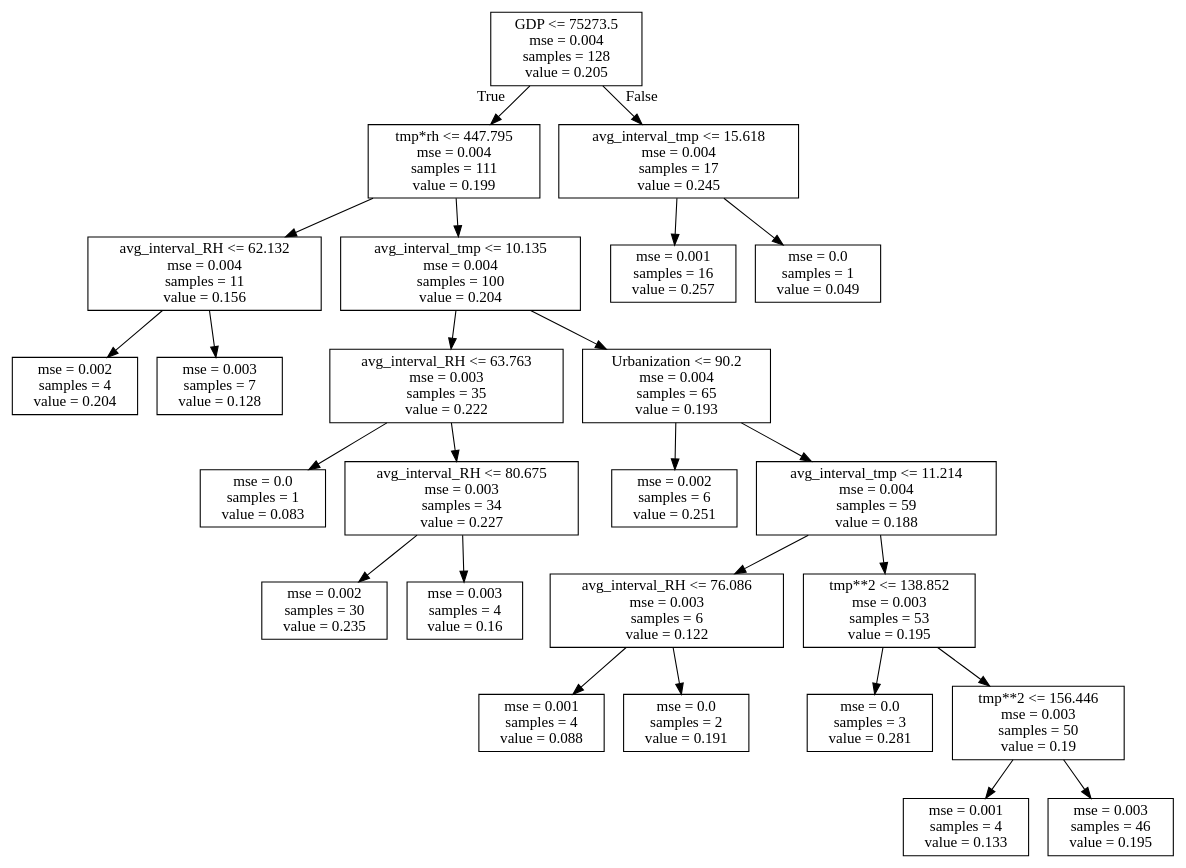
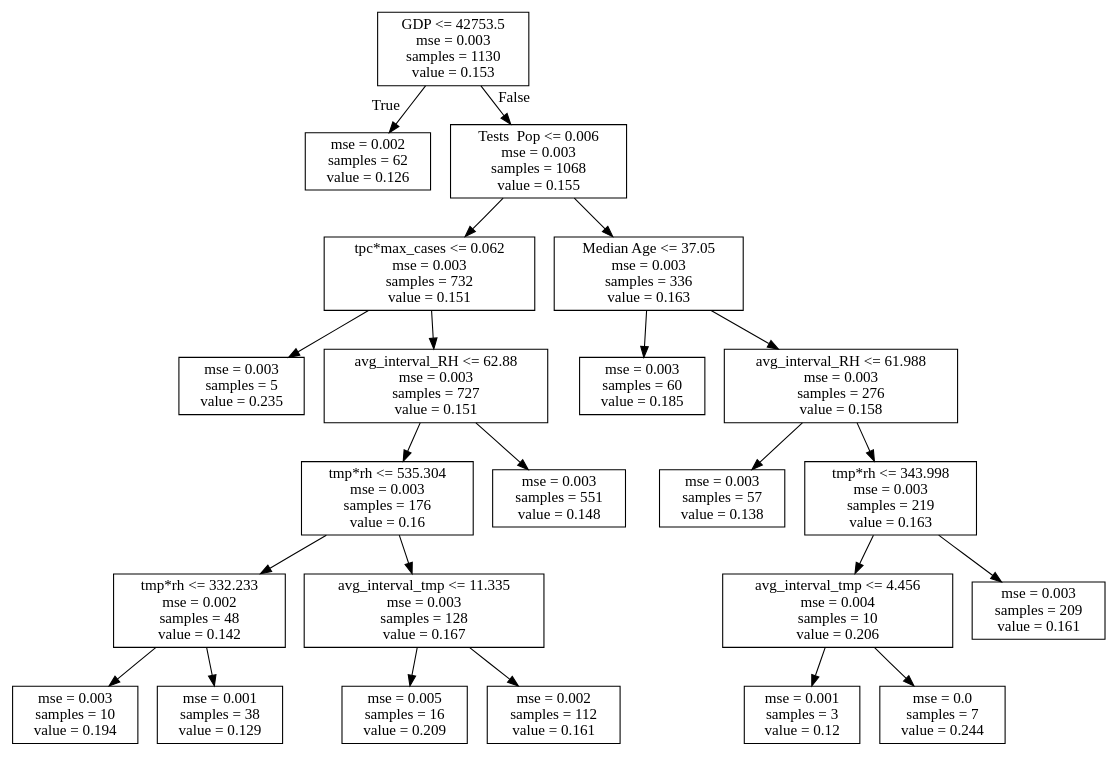
Before and after one commit to hopl1t/covid19: the diagram in products/decision_tree/decision_tree_first_7_run2.dot, drawn with Graphviz. The commit also changed 55 other files, not shown here.

```diff
--- a/products/decision_tree/decision_tree_first_7_run2.dot
+++ b/products/decision_tree/decision_tree_first_7_run2.dot
@@ -1,52 +1,48 @@
 digraph Tree {
 node [shape=box] ;
-0 [label="GDP <= 75273.5\nmse = 0.004\nsamples = 128\nvalue = 0.205"] ;
-1 [label="tmp*rh <= 447.795\nmse = 0.004\nsamples = 111\nvalue = 0.199"] ;
+0 [label="GDP <= 42753.5\nmse = 0.003\nsamples = 1130\nvalue = 0.153"] ;
+1 [label="mse = 0.002\nsamples = 62\nvalue = 0.126"] ;
 0 -> 1 [labeldistance=2.5, labelangle=45, headlabel="True"] ;
-2 [label="avg_interval_RH <= 62.132\nmse = 0.004\nsamples = 11\nvalue = 0.156"] ;
-1 -> 2 ;
-3 [label="mse = 0.002\nsamples = 4\nvalue = 0.204"] ;
+2 [label="Tests \ Pop <= 0.006\nmse = 0.003\nsamples = 1068\nvalue = 0.155"] ;
+0 -> 2 [labeldistance=2.5, labelangle=-45, headlabel="False"] ;
+3 [label="tpc*max_cases <= 0.062\nmse = 0.003\nsamples = 732\nvalue = 0.151"] ;
 2 -> 3 ;
-4 [label="mse = 0.003\nsamples = 7\nvalue = 0.128"] ;
-2 -> 4 ;
-5 [label="avg_interval_tmp <= 10.135\nmse = 0.004\nsamples = 100\nvalue = 0.204"] ;
-1 -> 5 ;
-6 [label="avg_interval_RH <= 63.763\nmse = 0.003\nsamples = 35\nvalue = 0.222"] ;
+4 [label="mse = 0.003\nsamples = 5\nvalue = 0.235"] ;
+3 -> 4 ;
+5 [label="avg_interval_RH <= 62.88\nmse = 0.003\nsamples = 727\nvalue = 0.151"] ;
+3 -> 5 ;
+6 [label="tmp*rh <= 535.304\nmse = 0.003\nsamples = 176\nvalue = 0.16"] ;
 5 -> 6 ;
-7 [label="mse = 0.0\nsamples = 1\nvalue = 0.083"] ;
+7 [label="tmp*rh <= 332.233\nmse = 0.002\nsamples = 48\nvalue = 0.142"] ;
 6 -> 7 ;
-8 [label="avg_interval_RH <= 80.675\nmse = 0.003\nsamples = 34\nvalue = 0.227"] ;
-6 -> 8 ;
-9 [label="mse = 0.002\nsamples = 30\nvalue = 0.235"] ;
-8 -> 9 ;
-10 [label="mse = 0.003\nsamples = 4\nvalue = 0.16"] ;
-8 -> 10 ;
-11 [label="Urbanization <= 90.2\nmse = 0.004\nsamples = 65\nvalue = 0.193"] ;
-5 -> 11 ;
-12 [label="mse = 0.002\nsamples = 6\nvalue = 0.251"] ;
-11 -> 12 ;
-13 [label="avg_interval_tmp <= 11.214\nmse = 0.004\nsamples = 59\nvalue = 0.188"] ;
-11 -> 13 ;
-14 [label="avg_interval_RH <= 76.086\nmse = 0.003\nsamples = 6\nvalue = 0.122"] ;
-13 -> 14 ;
-15 [label="mse = 0.001\nsamples = 4\nvalue = 0.088"] ;
+8 [label="mse = 0.003\nsamples = 10\nvalue = 0.194"] ;
+7 -> 8 ;
+9 [label="mse = 0.001\nsamples = 38\nvalue = 0.129"] ;
+7 -> 9 ;
+10 [label="avg_interval_tmp <= 11.335\nmse = 0.003\nsamples = 128\nvalue = 0.167"] ;
+6 -> 10 ;
+11 [label="mse = 0.005\nsamples = 16\nvalue = 0.209"] ;
+10 -> 11 ;
+12 [label="mse = 0.002\nsamples = 112\nvalue = 0.161"] ;
+10 -> 12 ;
+13 [label="mse = 0.003\nsamples = 551\nvalue = 0.148"] ;
+5 -> 13 ;
+14 [label="Median Age <= 37.05\nmse = 0.003\nsamples = 336\nvalue = 0.163"] ;
+2 -> 14 ;
+15 [label="mse = 0.003\nsamples = 60\nvalue = 0.185"] ;
 14 -> 15 ;
-16 [label="mse = 0.0\nsamples = 2\nvalue = 0.191"] ;
+16 [label="avg_interval_RH <= 61.988\nmse = 0.003\nsamples = 276\nvalue = 0.158"] ;
 14 -> 16 ;
-17 [label="tmp**2 <= 138.852\nmse = 0.003\nsamples = 53\nvalue = 0.195"] ;
-13 -> 17 ;
-18 [label="mse = 0.0\nsamples = 3\nvalue = 0.281"] ;
-17 -> 18 ;
-19 [label="tmp**2 <= 156.446\nmse = 0.003\nsamples = 50\nvalue = 0.19"] ;
-17 -> 19 ;
-20 [label="mse = 0.001\nsamples = 4\nvalue = 0.133"] ;
+17 [label="mse = 0.003\nsamples = 57\nvalue = 0.138"] ;
+16 -> 17 ;
+18 [label="tmp*rh <= 343.998\nmse = 0.003\nsamples = 219\nvalue = 0.163"] ;
+16 -> 18 ;
+19 [label="avg_interval_tmp <= 4.456\nmse = 0.004\nsamples = 10\nvalue = 0.206"] ;
+18 -> 19 ;
+20 [label="mse = 0.001\nsamples = 3\nvalue = 0.12"] ;
 19 -> 20 ;
-21 [label="mse = 0.003\nsamples = 46\nvalue = 0.195"] ;
+21 [label="mse = 0.0\nsamples = 7\nvalue = 0.244"] ;
 19 -> 21 ;
-22 [label="avg_interval_tmp <= 15.618\nmse = 0.004\nsamples = 17\nvalue = 0.245"] ;
-0 -> 22 [labeldistance=2.5, labelangle=-45, headlabel="False"] ;
-23 [label="mse = 0.001\nsamples = 16\nvalue = 0.257"] ;
-22 -> 23 ;
-24 [label="mse = 0.0\nsamples = 1\nvalue = 0.049"] ;
-22 -> 24 ;
+22 [label="mse = 0.003\nsamples = 209\nvalue = 0.161"] ;
+18 -> 22 ;
 }
```
